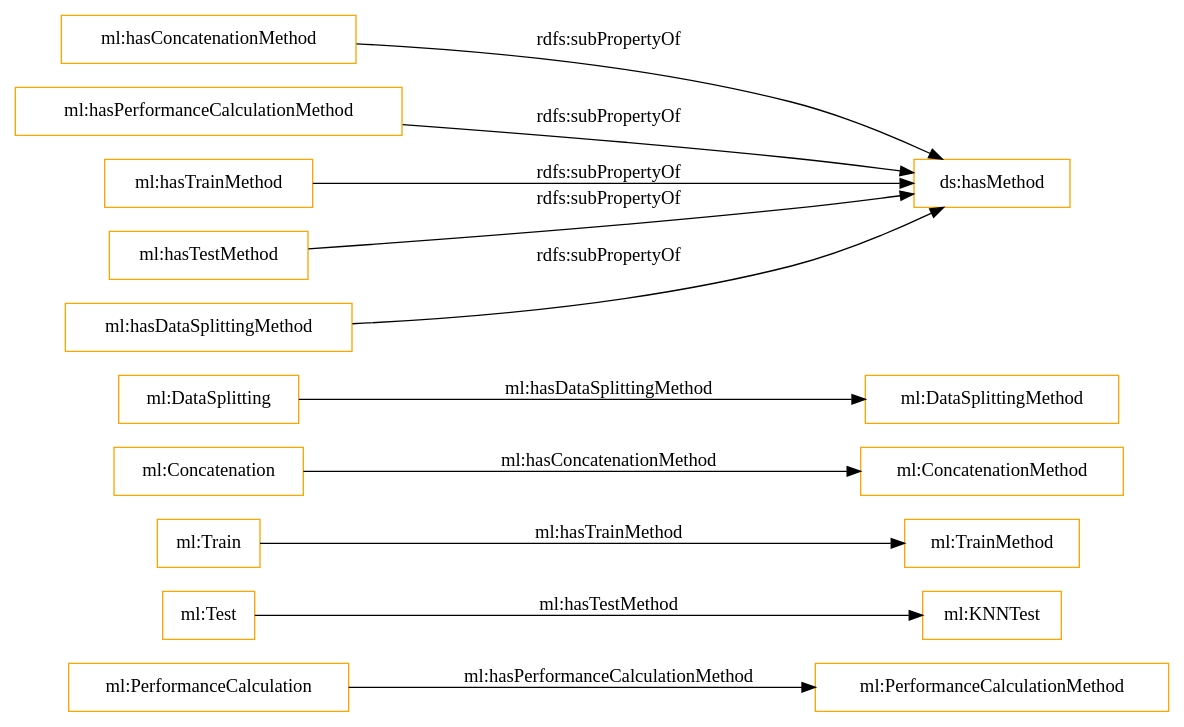
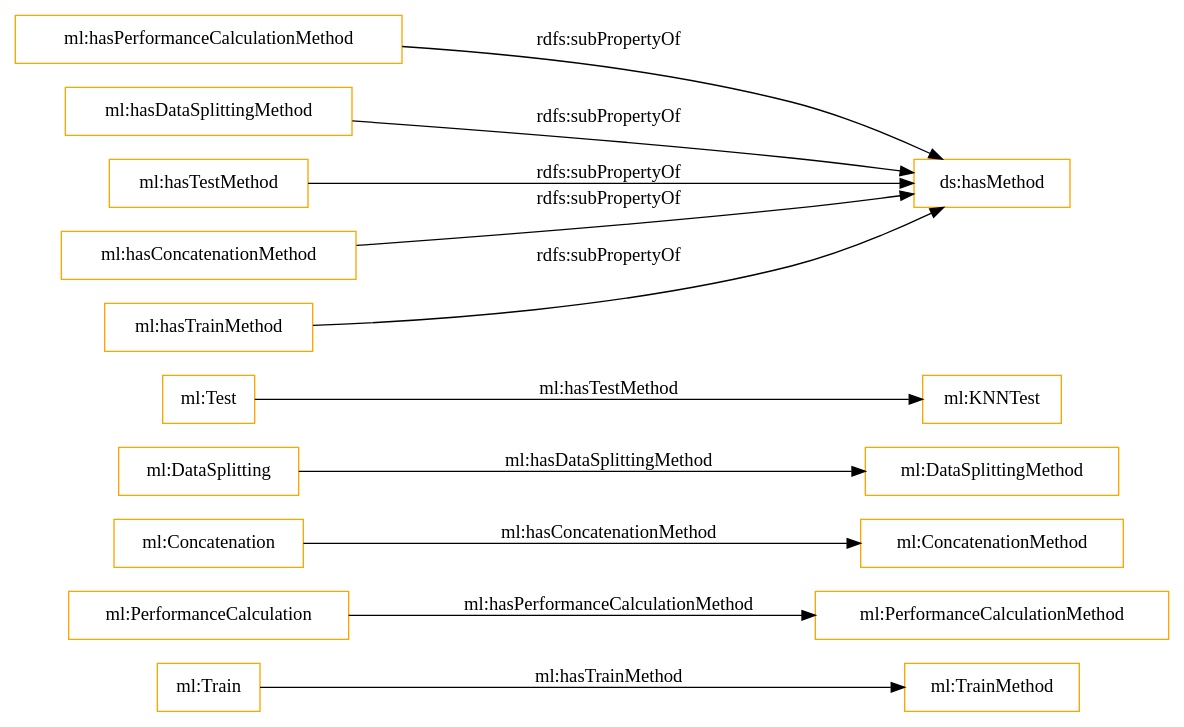
One commit to nsai-uio/ExeKGOntology changed the diagram in OnToology/ml_exeKGOntology.ttl/diagrams/ar2dtool-class/ml_exeKGOntology.ttl.png.dot. Above: the diagram before and after it, drawn with Graphviz. The commit also changed 37 other files, not shown here.

```diff
--- a/OnToology/ml_exeKGOntology.ttl/diagrams/ar2dtool-class/ml_exeKGOntology.ttl.png.dot
+++ b/OnToology/ml_exeKGOntology.ttl/diagrams/ar2dtool-class/ml_exeKGOntology.ttl.png.dot
@@ -1,16 +1,16 @@
 digraph ar2dtool_diagram { 
 rankdir=LR;
 size="1501"
-node [shape = rectangle, color="orange"]; "ml:PerformanceCalculation" "ml:KNNTest" "ml:TrainMethod" "ml:Train" "ml:Concatenation" "ml:ConcatenationMethod" "ml:PerformanceCalculationMethod" "ml:DataSplitting" "ml:Test" "ml:DataSplittingMethod" ; /*classes style*/
+node [shape = rectangle, color="orange"]; "ml:TrainMethod" "ml:PerformanceCalculationMethod" "ml:Concatenation" "ml:ConcatenationMethod" "ml:DataSplitting" "ml:KNNTest" "ml:Test" "ml:DataSplittingMethod" "ml:Train" "ml:PerformanceCalculation" ; /*classes style*/
+	"ml:hasPerformanceCalculationMethod" -> "ds:hasMethod" [ label = "rdfs:subPropertyOf" ];
+	"ml:hasDataSplittingMethod" -> "ds:hasMethod" [ label = "rdfs:subPropertyOf" ];
+	"ml:hasTestMethod" -> "ds:hasMethod" [ label = "rdfs:subPropertyOf" ];
 	"ml:hasConcatenationMethod" -> "ds:hasMethod" [ label = "rdfs:subPropertyOf" ];
-	"ml:hasPerformanceCalculationMethod" -> "ds:hasMethod" [ label = "rdfs:subPropertyOf" ];
 	"ml:hasTrainMethod" -> "ds:hasMethod" [ label = "rdfs:subPropertyOf" ];
-	"ml:hasTestMethod" -> "ds:hasMethod" [ label = "rdfs:subPropertyOf" ];
-	"ml:hasDataSplittingMethod" -> "ds:hasMethod" [ label = "rdfs:subPropertyOf" ];
+	"ml:Concatenation" -> "ml:ConcatenationMethod" [ label = "ml:hasConcatenationMethod" ];
+	"ml:PerformanceCalculation" -> "ml:PerformanceCalculationMethod" [ label = "ml:hasPerformanceCalculationMethod" ];
 	"ml:Test" -> "ml:KNNTest" [ label = "ml:hasTestMethod" ];
-	"ml:PerformanceCalculation" -> "ml:PerformanceCalculationMethod" [ label = "ml:hasPerformanceCalculationMethod" ];
+	"ml:Train" -> "ml:TrainMethod" [ label = "ml:hasTrainMethod" ];
 	"ml:DataSplitting" -> "ml:DataSplittingMethod" [ label = "ml:hasDataSplittingMethod" ];
-	"ml:Concatenation" -> "ml:ConcatenationMethod" [ label = "ml:hasConcatenationMethod" ];
-	"ml:Train" -> "ml:TrainMethod" [ label = "ml:hasTrainMethod" ];
 
 }
```
